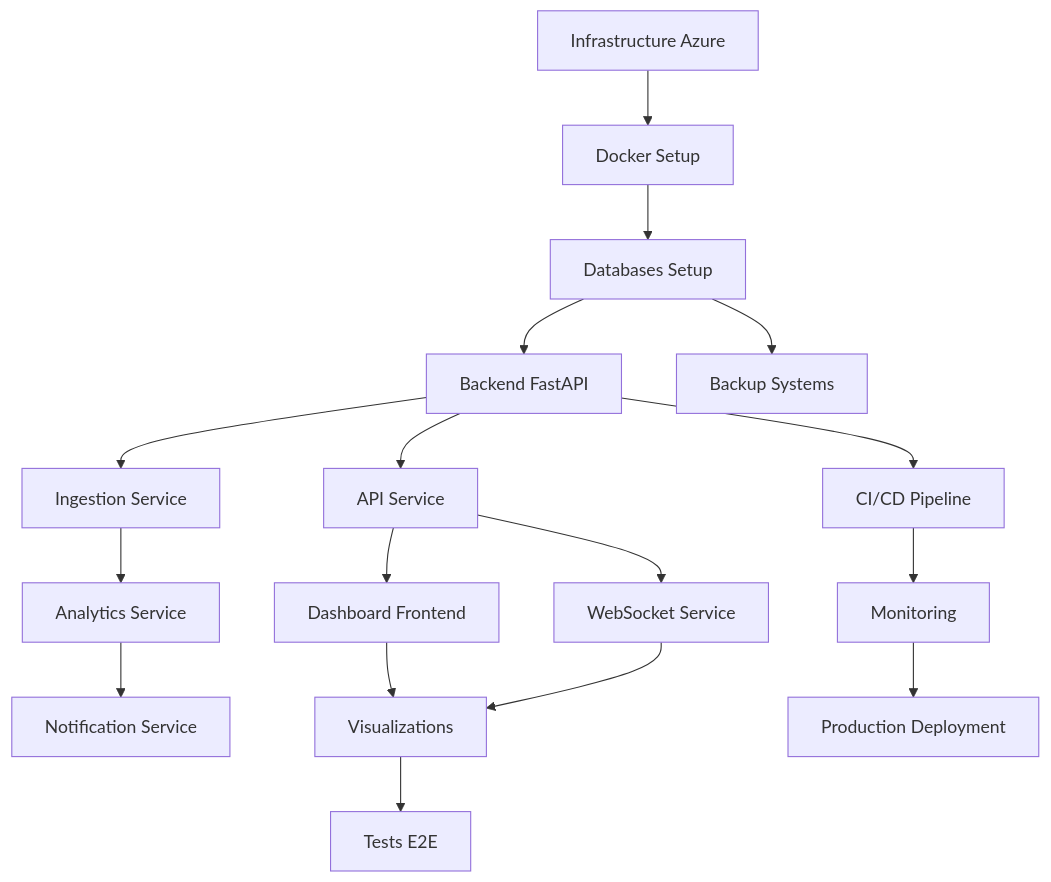
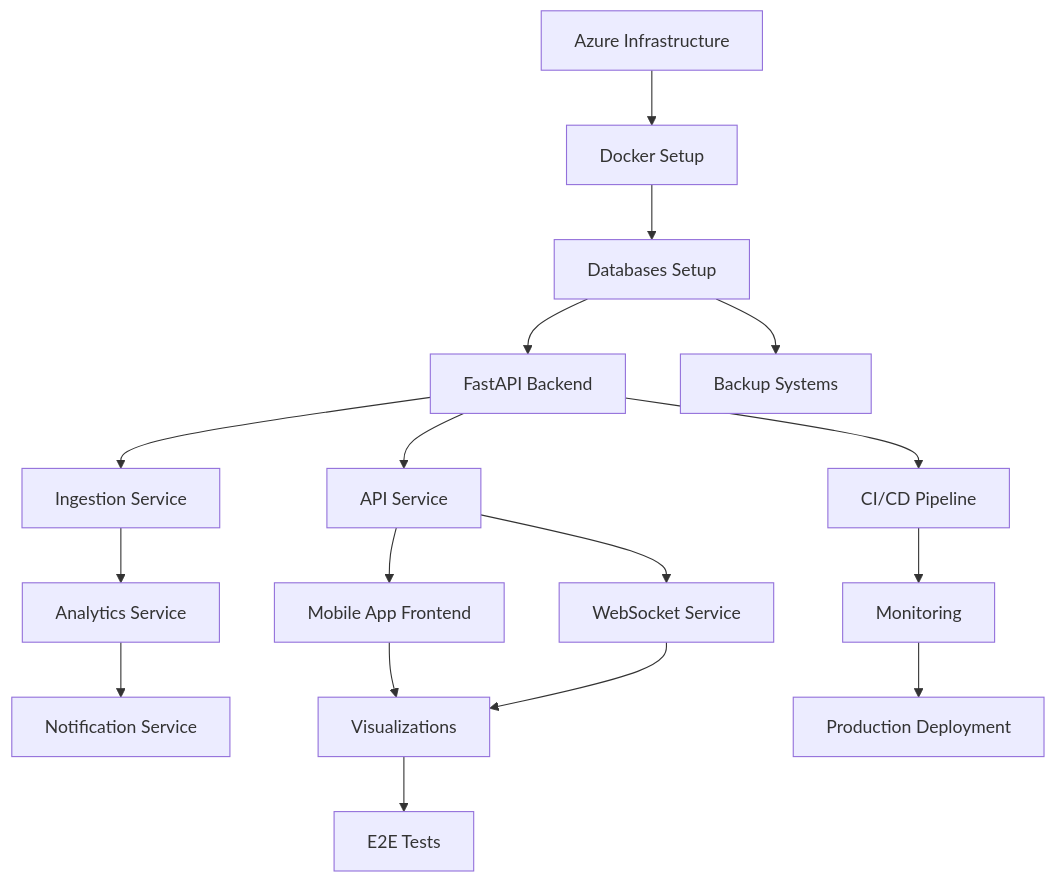
Before and after one commit to imenmallouli/deploy: the first of 7 diagrams in docs/design_auto_diagnostic_platform.md, drawn with Mermaid. The commit also changed other lines of this file and 2 other files, not shown here.

````diff
--- a/docs/design_auto_diagnostic_platform.md
+++ b/docs/design_auto_diagnostic_platform.md
@@ -602,19 +602,19 @@
 ```mermaid
 graph TD
-    A[Infrastructure Azure] --> B[Docker Setup]
-    B --> C[Databases Setup]
-    C --> D[Backend FastAPI]
-    D --> E[Ingestion Service]
-    D --> F[API Service]
-    E --> G[Analytics Service]
-    F --> H[Dashboard Frontend]
-    G --> I[Notification Service]
-    F --> J[WebSocket Service]
-    H --> K[Visualizations]
-    J --> K
-    C --> L[Backup Systems]
-    D --> M[CI/CD Pipeline]
-    M --> N[Monitoring]
-    K --> O[Tests E2E]
-    N --> P[Production Deployment]
+  A[Azure Infrastructure] --> B[Docker Setup]
+  B --> C[Databases Setup]
+  C --> D[FastAPI Backend]
+  D --> E[Ingestion Service]
+  D --> F[API Service]
+  E --> G[Analytics Service]
+  F --> H[Mobile App Frontend]
+  G --> I[Notification Service]
+  F --> J[WebSocket Service]
+  H --> K[Visualizations]
+  J --> K
+  C --> L[Backup Systems]
+  D --> M[CI/CD Pipeline]
+  M --> N[Monitoring]
+  K --> O[E2E Tests]
+  N --> P[Production Deployment]
 ```
````
